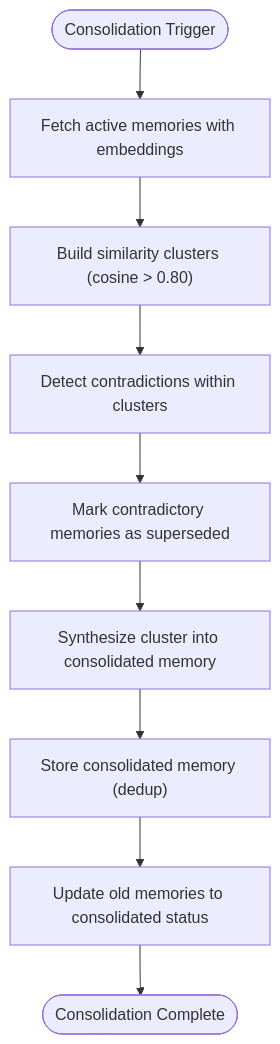
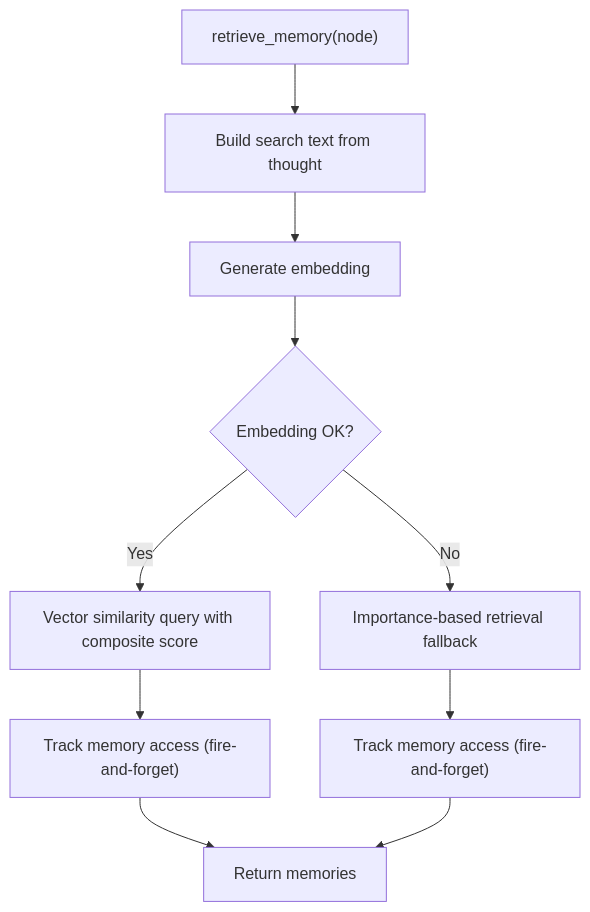
The fourth of 9 diagrams in .qoder/repowiki/en/content/Core Features/Thought & Memory System/Persona Orchestration Engine.md (statgod6/4ever), drawn with Mermaid before and after one commit. The commit also changed other lines of this file and 116 other files, not shown here.

````diff
--- a/.qoder/repowiki/en/content/Core Features/Thought & Memory System/Persona Orchestration Engine.md
+++ b/.qoder/repowiki/en/content/Core Features/Thought & Memory System/Persona Orchestration Engine.md
@@ -264,11 +165,12 @@
 ```mermaid
 flowchart TD
-MC_Start(["Consolidation Trigger"]) --> Fetch["Fetch active memories with embeddings"]
-Fetch --> Cluster["Build similarity clusters (cosine > 0.80)"]
-Cluster --> Contradictions["Detect contradictions within clusters"]
-Contradictions --> Resolve["Mark contradictory memories as superseded"]
-Resolve --> Synthesize["Synthesize cluster into consolidated memory"]
-Synthesize --> Store["Store consolidated memory (dedup)"]
-Store --> Update["Update old memories to consolidated status"]
-Update --> MC_End(["Consolidation Complete"])
+A["retrieve_memory(node)"] --> B["Build search text from thought"]
+B --> C["Generate embedding"]
+C --> D{"Embedding OK?"}
+D -- Yes --> E["Vector similarity query with composite score"]
+D -- No --> F["Importance-based retrieval fallback"]
+E --> G["Track memory access (fire-and-forget)"]
+F --> H["Track memory access (fire-and-forget)"]
+G --> I["Return memories"]
+H --> I
 ```
````
